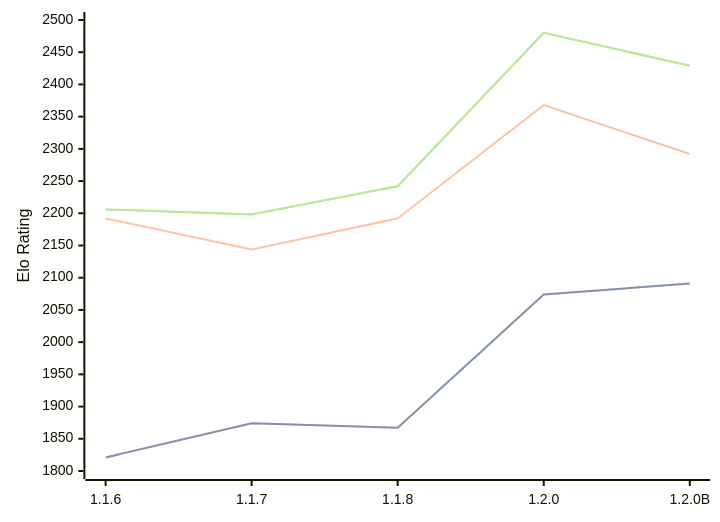
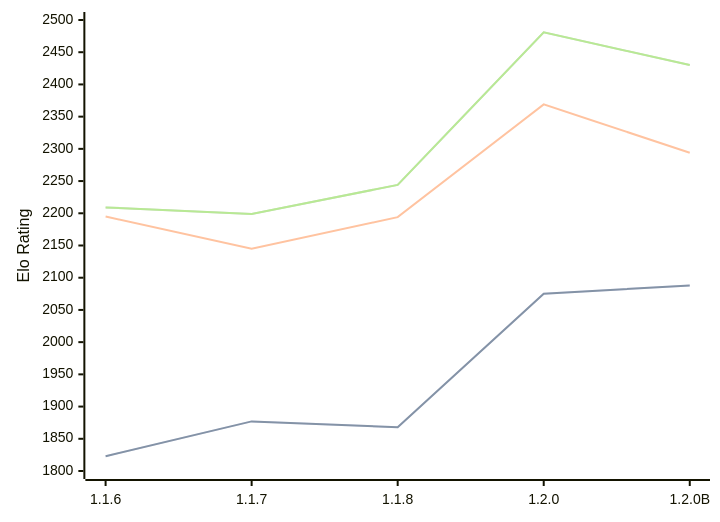
One commit to computer-chess-index/cci changed the diagram in engines/Soomi.md. Above: the diagram before and after it, drawn with Mermaid. The commit also changed other lines of this file, not shown here.

Commit message:
Update CCI Ratings (ELO VLTC) - 2026-05-16

````diff
--- a/engines/Soomi.md
+++ b/engines/Soomi.md
@@ -35,11 +35,11 @@
 ```mermaid
 %%{init: {"theme":"base","themeVariables":{"seriesColors:['#a3a3a3','#222221','#faa371']}}}%%
 xychart-beta
   x-axis ["1.1.6", "1.1.7", "1.1.8", "1.2.0", "1.2.0B"]
   y-axis "Elo Rating" 1800 --> 2500
-  line "STC (8.0+0.08s)" [1821, 1874, 1867, 2074, 2091]
-  line "STC (8.0+0.08s)" [1821, 1874, 1867, 2074, 2091]
-  line "LTC (60.0+0.60s)" [2192, 2144, 2192, 2368, 2292]
-  line "VLTC (2m24s+1.12s)" [2206, 2198, 2242, 2480, 2429]
-  line "VLTC (2m24s+1.12s)" [2206, 2198, 2242, 2480, 2429]
+  line "STC (8.0+0.08s)" [1823, 1877, 1868, 2075, 2088]
+  line "STC (8.0+0.08s)" [1823, 1877, 1868, 2075, 2088]
+  line "LTC (60.0+0.60s)" [2195, 2145, 2194, 2369, 2294]
+  line "VLTC (2m24s+1.12s)" [2209, 2199, 2244, 2481, 2430]
+  line "VLTC (2m24s+1.12s)" [2209, 2199, 2244, 2481, 2430]
 ```
````
